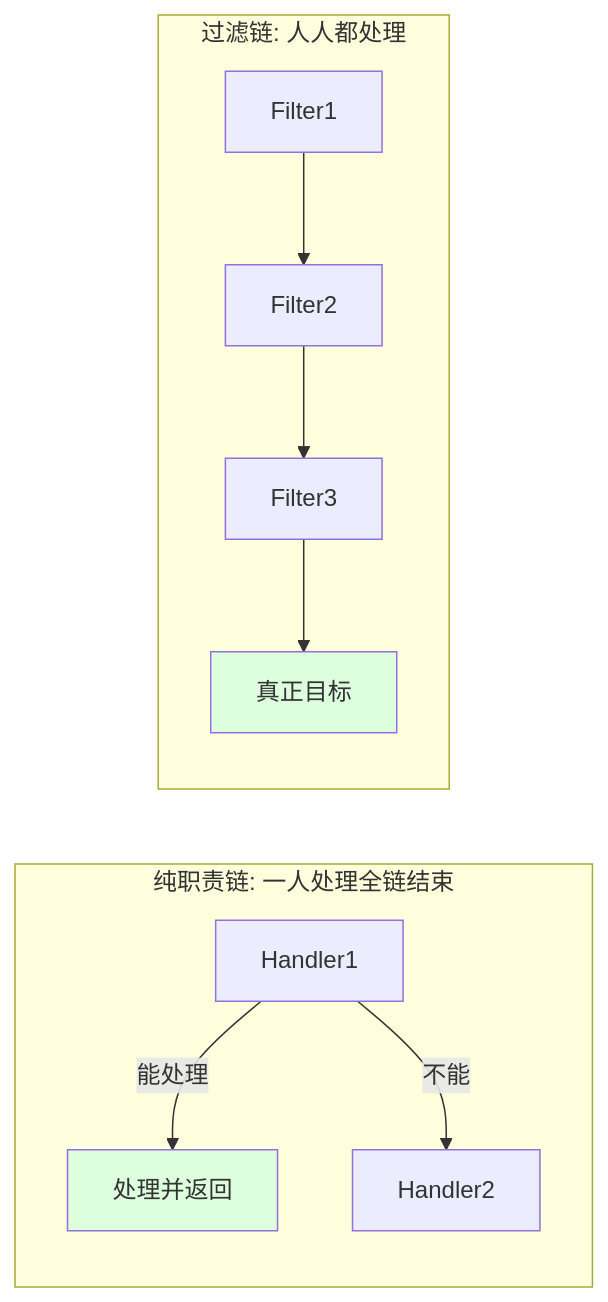
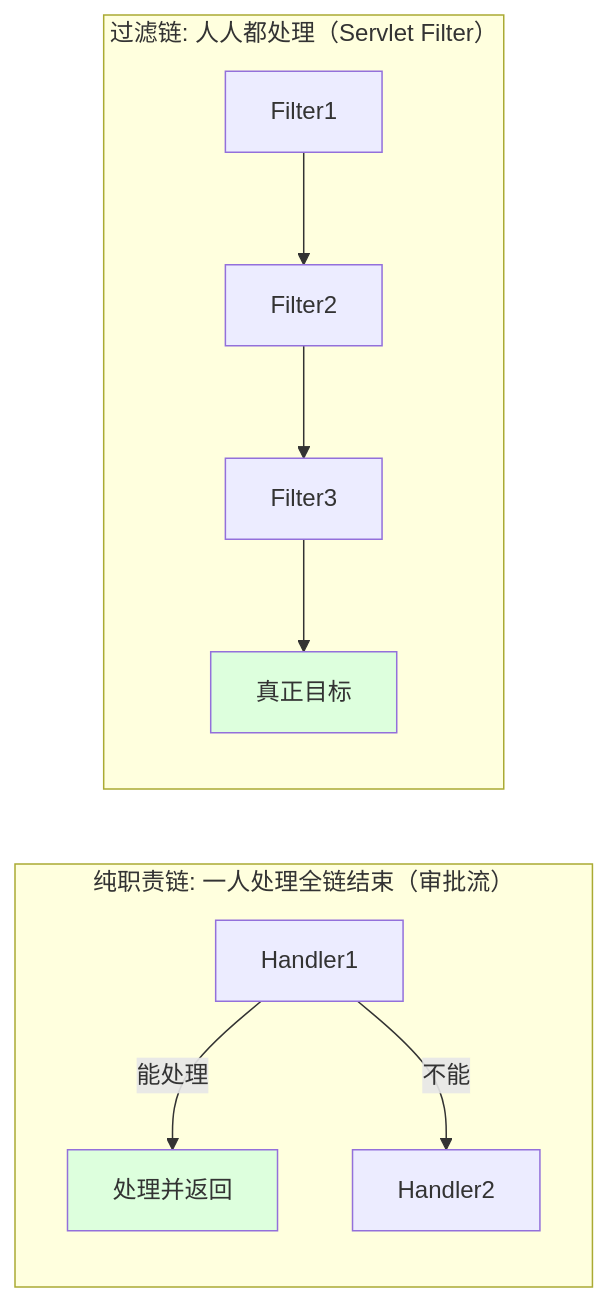
Before and after one commit to chongyang211/YCBookBlog: the third of 6 diagrams in docs/08.编程/03.巧学设计模式/17.职责链模式设计思想.md, drawn with Mermaid. The commit also changed other lines of this file and 13 other files, not shown here.

````diff
--- a/docs/08.编程/03.巧学设计模式/17.职责链模式设计思想.md
+++ b/docs/08.编程/03.巧学设计模式/17.职责链模式设计思想.md
@@ -219,12 +247,12 @@
 ```mermaid
 flowchart LR
-    subgraph 纯链[纯职责链: 一人处理全链结束]
+    subgraph 纯链["纯职责链: 一人处理全链结束（审批流）"]
         A1[Handler1] -->|能处理| A2[处理并返回]
         A1 -->|不能| A3[Handler2]
     end
-    subgraph 过滤链[过滤链: 人人都处理]
+    subgraph 过滤链["过滤链: 人人都处理（Servlet Filter）"]
         B1[Filter1] --> B2[Filter2] --> B3[Filter3] --> End[真正目标]
     end
     style A2 fill:#dfd
     style End fill:#dfd
 ```
````
